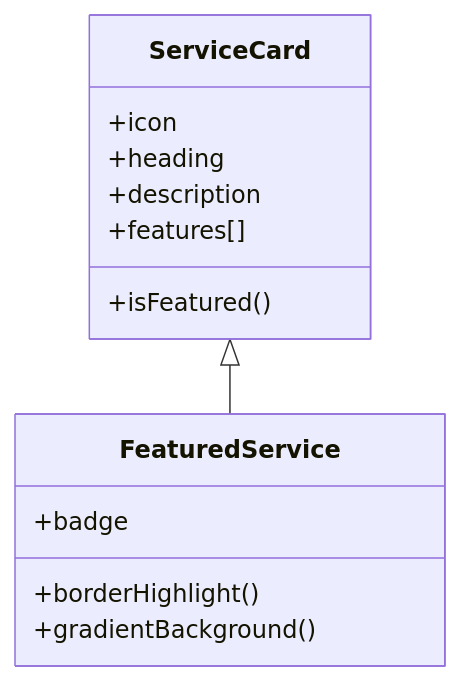
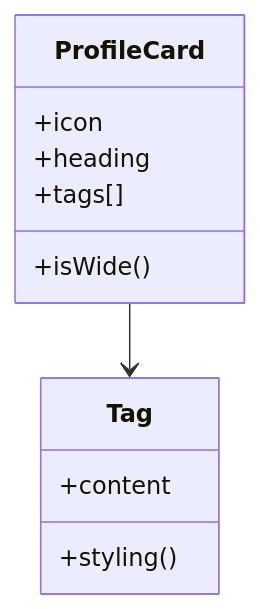
The fourth of 7 diagrams in .qoder/repowiki/en/content/Core Features/Service Showcase/Service Showcase.md (lynchip/graduates), drawn with Mermaid before and after one commit. The commit also changed other lines of this file and 12 other files, not shown here.

````diff
--- a/.qoder/repowiki/en/content/Core Features/Service Showcase/Service Showcase.md
+++ b/.qoder/repowiki/en/content/Core Features/Service Showcase/Service Showcase.md
@@ -277,16 +271,14 @@
 ```mermaid
 classDiagram
-class ServiceCard {
+class ProfileCard {
 +icon
 +heading
-+description
-+features[]
-+isFeatured()
++tags[]
++isWide()
 }
-class FeaturedService {
-+badge
-+borderHighlight()
-+gradientBackground()
+class Tag {
++content
++styling()
 }
-ServiceCard <|-- FeaturedService
+ProfileCard --> Tag
 ```
````
